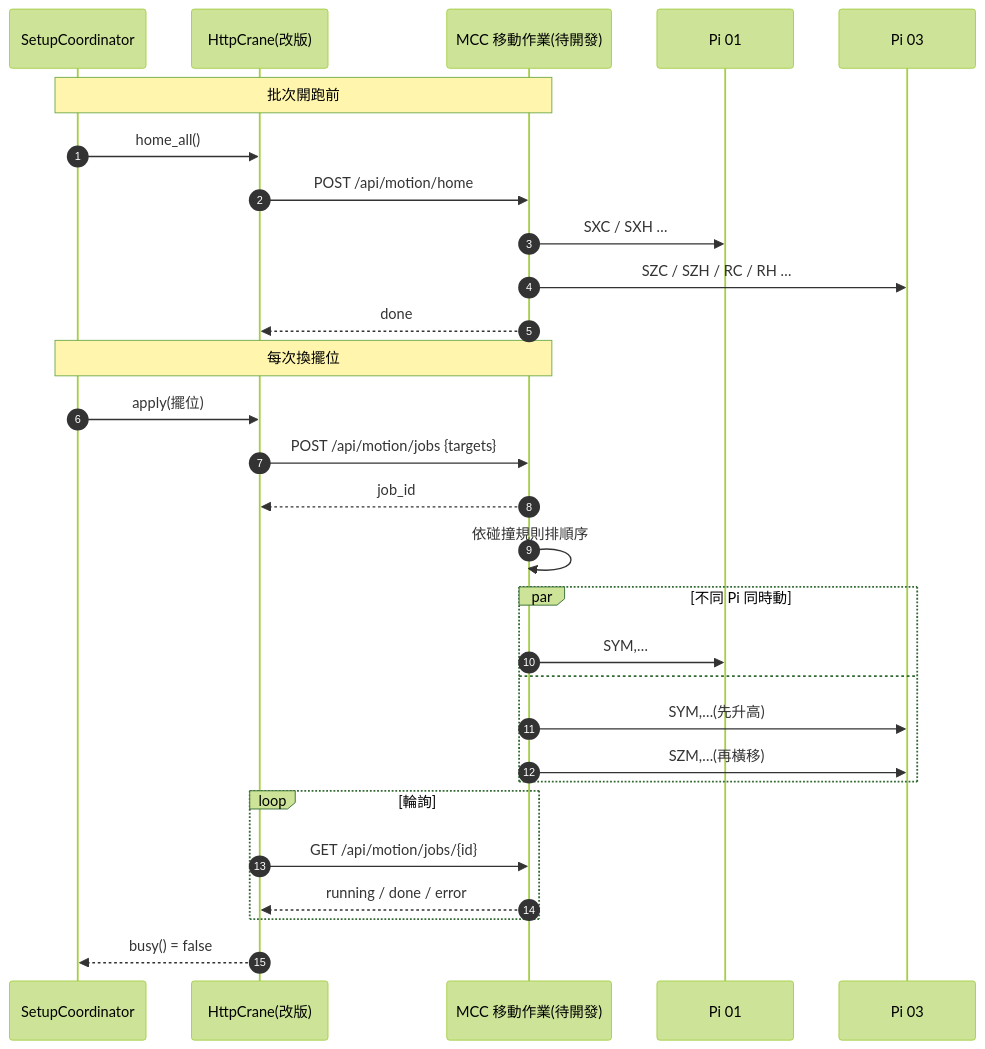
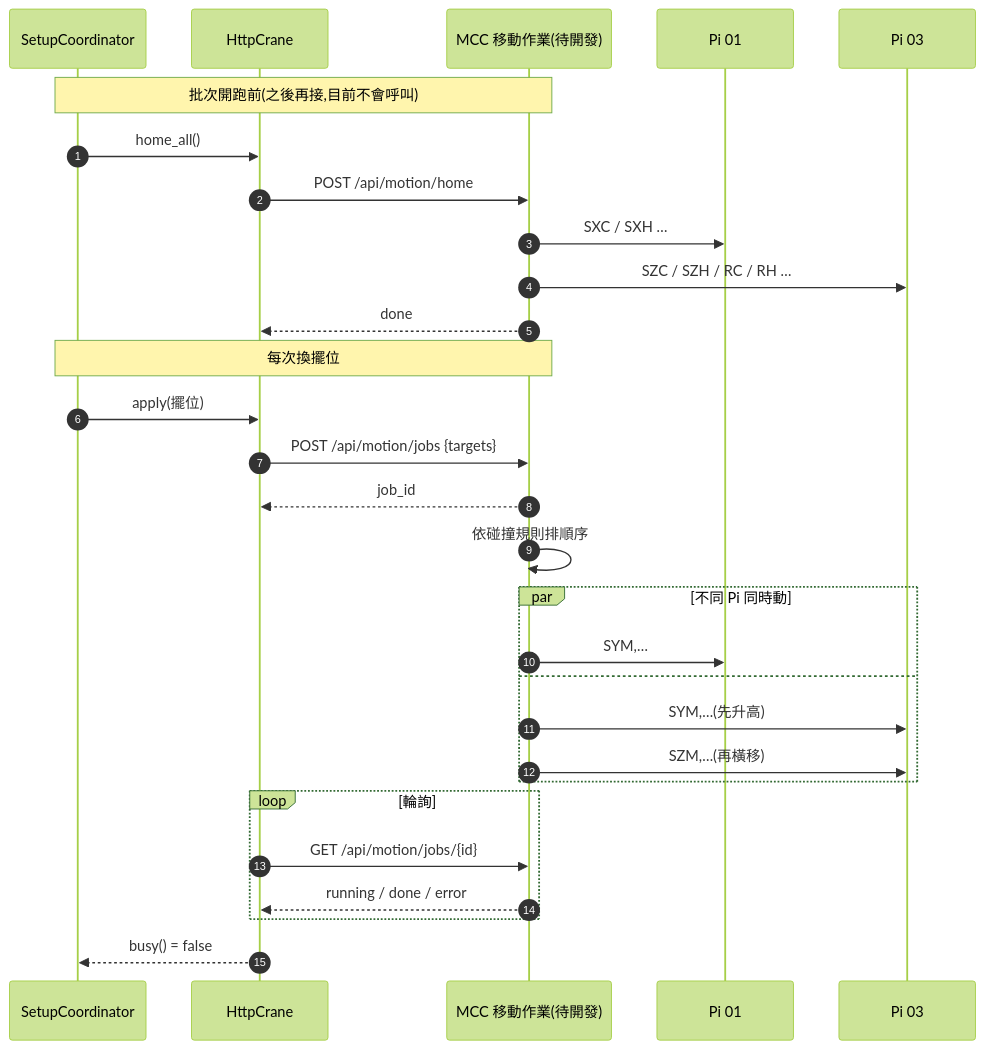
One commit to frank931023/ACQUA-Automation changed the diagram in docs/diagrams/12_proposed_motion.mmd. Above: the diagram before and after it, drawn with Mermaid (forest theme). The commit also changed 56 other files, not shown here.

```diff
--- a/docs/diagrams/12_proposed_motion.mmd
+++ b/docs/diagrams/12_proposed_motion.mmd
@@ -1,32 +1,32 @@
-%% 建議:移動順序交給 MCC 的「移動作業」
+%% MCC 內部可以怎麼做(示意,待 MCC 設計)。我們這邊只送作業、查進度,見 07
 sequenceDiagram
     autonumber
     participant C as SetupCoordinator
-    participant H as HttpCrane(改版)
+    participant H as HttpCrane
     participant M as MCC 移動作業(待開發)
     participant P1 as Pi 01
     participant P2 as Pi 03
 
-    Note over C,M: 批次開跑前
+    Note over C,M: 批次開跑前(之後再接,目前不會呼叫)
     C->>H: home_all()
     H->>M: POST /api/motion/home
     M->>P1: SXC / SXH …
     M->>P2: SZC / SZH / RC / RH …
     M-->>H: done
 
     Note over C,M: 每次換擺位
     C->>H: apply(擺位)
     H->>M: POST /api/motion/jobs {targets}
     M-->>H: job_id
     M->>M: 依碰撞規則排順序
     par 不同 Pi 同時動
         M->>P1: SYM,…
     and
         M->>P2: SYM,…(先升高)
         M->>P2: SZM,…(再橫移)
     end
     loop 輪詢
         H->>M: GET /api/motion/jobs/{id}
         M-->>H: running / done / error
     end
     H-->>C: busy() = false
```
